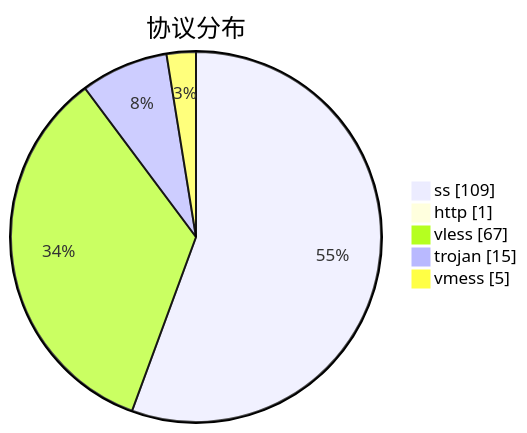
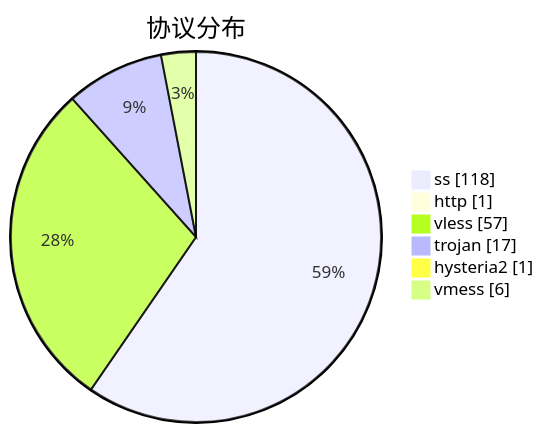
Before and after one commit to qjlxg/airport: the third of 3 diagrams in subs/statistics/tested_within.md, drawn with Mermaid. The commit also changed other lines of this file and 2 other files, not shown here.

````diff
--- a/subs/statistics/tested_within.md
+++ b/subs/statistics/tested_within.md
@@ -26,9 +28,10 @@
 ```mermaid
 pie showData
 title 协议分布
-"ss" : 109
+"ss" : 118
 "http" : 1
-"vless" : 67
-"trojan" : 15
-"vmess" : 5
+"vless" : 57
+"trojan" : 17
+"hysteria2" : 1
+"vmess" : 6
 ```
````
